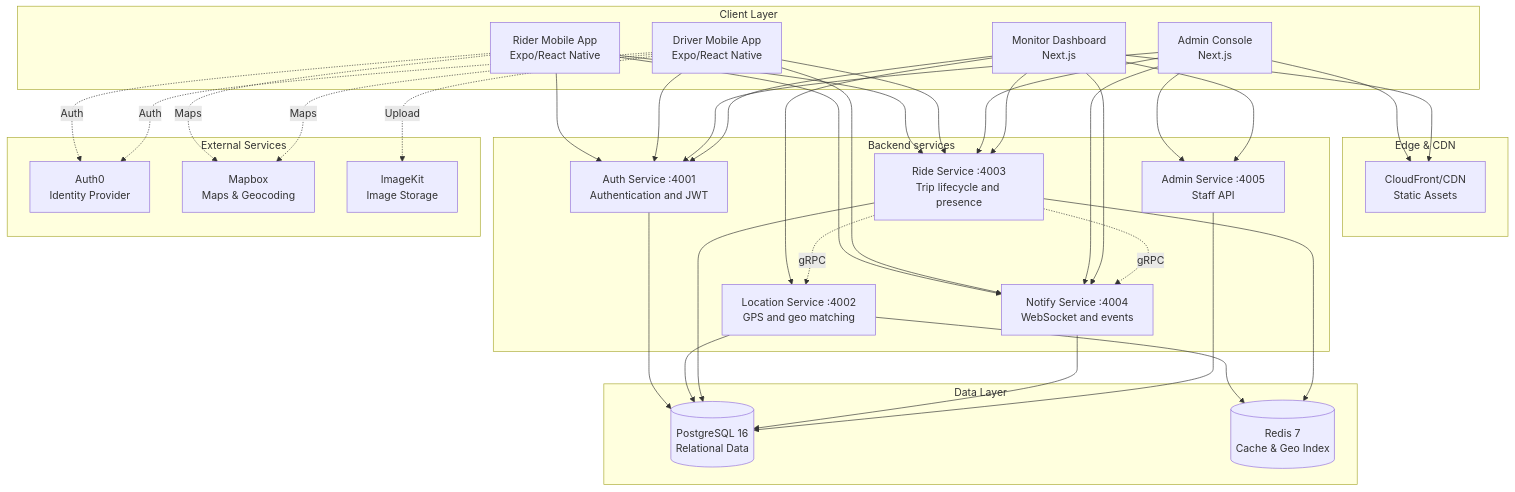
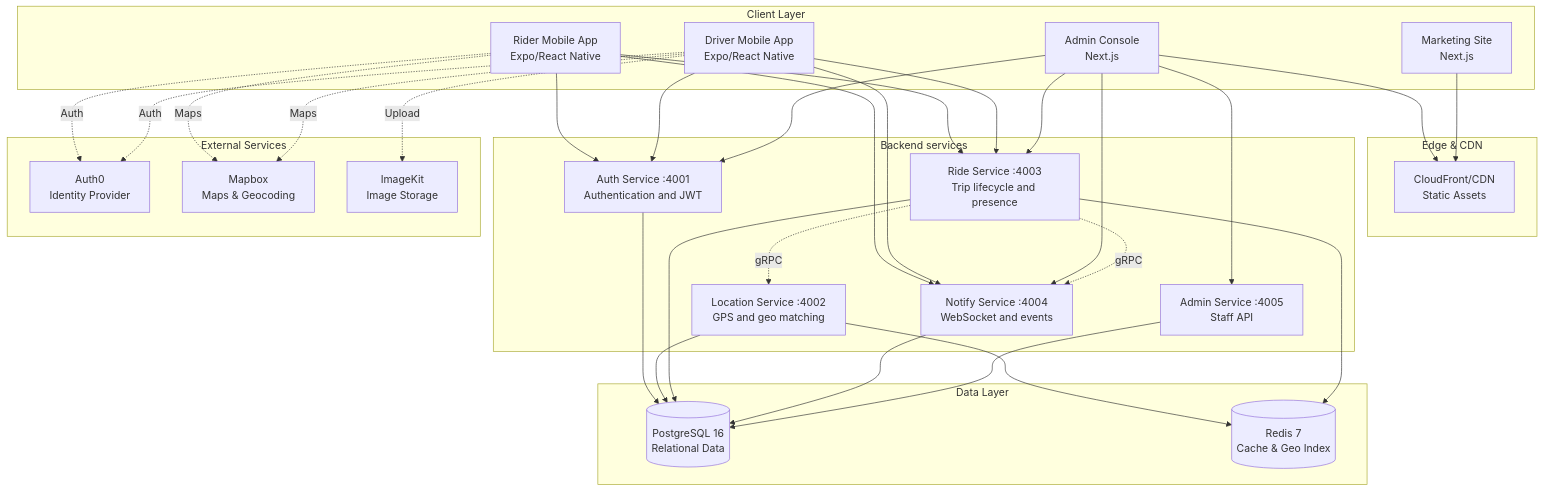
The first of 11 diagrams in ARCHITECTURE.md (13x54n/Eve), drawn with Mermaid before and after one commit.

Commit message:
docs: remove monitor dashboard references from ARCHITECTURE.md
- Replace MonitorWeb with WWW (marketing site) in architecture diagram
- Remove all MonitorWeb --> Service connections from diagram
- Update client layer to show marketing site instead of monitor dashboard

````diff
--- a/ARCHITECTURE.md
+++ b/ARCHITECTURE.md
@@ -34,68 +34,63 @@
 ```mermaid
 graph TB
     subgraph Clients["Client Layer"]
         RiderApp[Rider Mobile App<br/>Expo/React Native]
         DriverApp[Driver Mobile App<br/>Expo/React Native]
         AdminWeb[Admin Console<br/>Next.js]
-        MonitorWeb[Monitor Dashboard<br/>Next.js]
+        WWW[Marketing Site<br/>Next.js]
     end
 
     subgraph CDN["Edge & CDN"]
         CF[CloudFront/CDN<br/>Static Assets]
     end
 
     subgraph API["Backend services"]
         Auth[Auth Service :4001<br/>Authentication and JWT]
         Location[Location Service :4002<br/>GPS and geo matching]
         Ride[Ride Service :4003<br/>Trip lifecycle and presence]
         Notify[Notify Service :4004<br/>WebSocket and events]
         AdminApi[Admin Service :4005<br/>Staff API]
     end
 
     subgraph DataLayer["Data Layer"]
         PG[(PostgreSQL 16<br/>Relational Data)]
         Redis[(Redis 7<br/>Cache & Geo Index)]
     end
 
     subgraph External["External Services"]
         Auth0[Auth0<br/>Identity Provider]
         Mapbox[Mapbox<br/>Maps & Geocoding]
         ImageKit[ImageKit<br/>Image Storage]
     end
 
     RiderApp --> Auth
     RiderApp --> Ride
     RiderApp --> Notify
     DriverApp --> Auth
     DriverApp --> Ride
     DriverApp --> Notify
     AdminWeb --> Auth
     AdminWeb --> AdminApi
     AdminWeb --> Ride
     AdminWeb --> Notify
-    MonitorWeb --> Auth
-    MonitorWeb --> Location
-    MonitorWeb --> Ride
-    MonitorWeb --> Notify
-    MonitorWeb --> AdminApi
 
     Auth --> PG
     Location --> PG
     Location --> Redis
     Ride --> PG
     Ride --> Redis
     Notify --> PG
 
     Ride -.gRPC.-> Location
     Ride -.gRPC.-> Notify
     AdminApi --> PG
 
     RiderApp -.Auth.-> Auth0
     DriverApp -.Auth.-> Auth0
     RiderApp -.Maps.-> Mapbox
     DriverApp -.Maps.-> Mapbox
     DriverApp -.Upload.-> ImageKit
 
     AdminWeb --> CF
-    MonitorWeb --> CF
+    WWW --> CF
 ```
````
